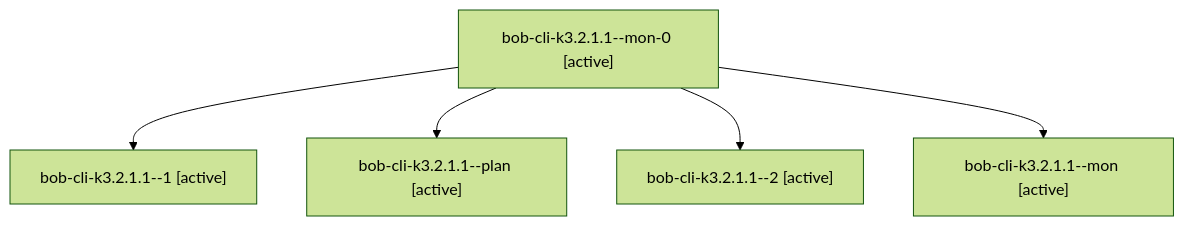
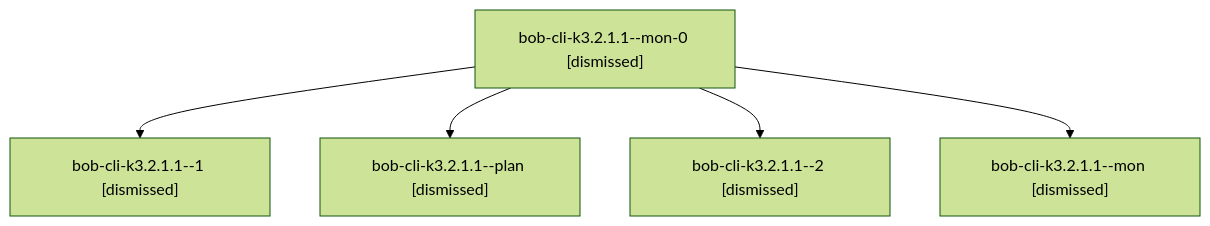
One commit to bobs-org/bob-cli--agents changed the diagram in sessions/bbugyi200.apollo.bob-cli-k3.2.1.1.md. Above: the diagram before and after it, drawn with Mermaid (forest theme). The commit also changed other lines of this file and 131 other files, not shown here.

````diff
--- a/sessions/bbugyi200.apollo.bob-cli-k3.2.1.1.md
+++ b/sessions/bbugyi200.apollo.bob-cli-k3.2.1.1.md
@@ -9,12 +9,12 @@
 ```mermaid
 flowchart TD
-  n0["bob-cli-k3.2.1.1--mon-0 [active]"]
-  n1["bob-cli-k3.2.1.1--1 [active]"]
+  n0["bob-cli-k3.2.1.1--mon-0 [dismissed]"]
+  n1["bob-cli-k3.2.1.1--1 [dismissed]"]
   n0 --> n1
-  n2["bob-cli-k3.2.1.1--plan [active]"]
+  n2["bob-cli-k3.2.1.1--plan [dismissed]"]
   n0 --> n2
-  n3["bob-cli-k3.2.1.1--2 [active]"]
+  n3["bob-cli-k3.2.1.1--2 [dismissed]"]
   n0 --> n3
-  n4["bob-cli-k3.2.1.1--mon [active]"]
+  n4["bob-cli-k3.2.1.1--mon [dismissed]"]
   n0 --> n4
 ```
````
